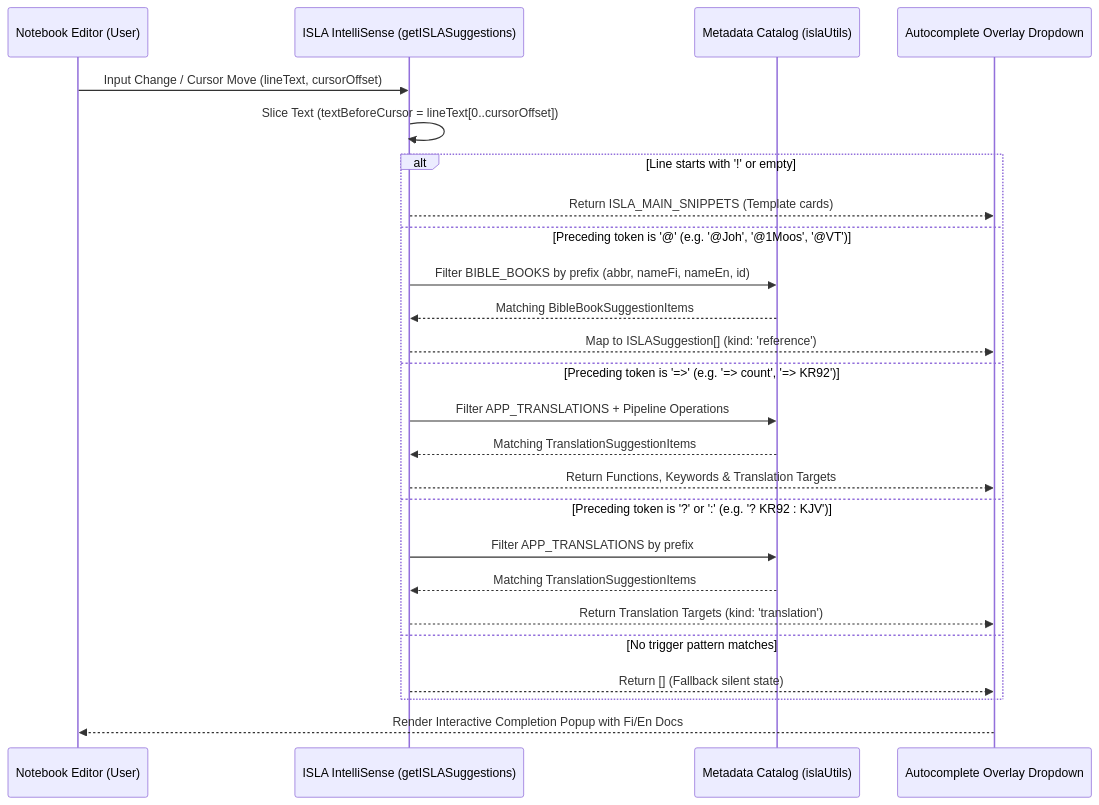
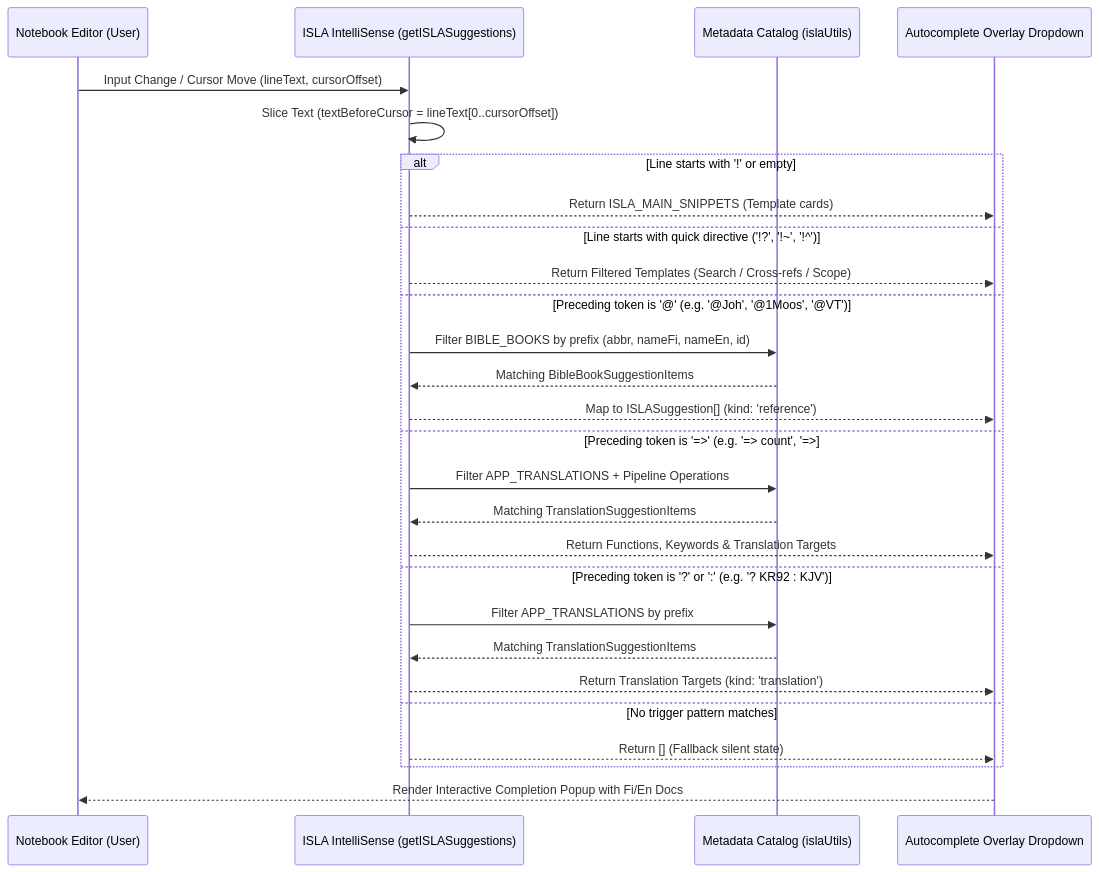
The first of 2 diagrams in pr_stories/069-feat-isla-intellisense-and-autocompletion.md (mvirtai/clible-v3-go), drawn with Mermaid before and after one commit. The commit also changed other lines of this file and 7 other files, not shown here.

````diff
--- a/pr_stories/069-feat-isla-intellisense-and-autocompletion.md
+++ b/pr_stories/069-feat-isla-intellisense-and-autocompletion.md
@@ -15,28 +15,30 @@
 ```mermaid
 sequenceDiagram
     participant User as Notebook Editor (User)
     participant Engine as ISLA IntelliSense (getISLASuggestions)
     participant Catalog as Metadata Catalog (islaUtils)
     participant UI as Autocomplete Overlay Dropdown
 
     User->>Engine: Input Change / Cursor Move (lineText, cursorOffset)
     Engine->>Engine: Slice Text (textBeforeCursor = lineText[0..cursorOffset])
     alt Line starts with '!' or empty
         Engine-->>UI: Return ISLA_MAIN_SNIPPETS (Template cards)
+    else Line starts with quick directive ('!?', '!~', '!^')
+        Engine-->>UI: Return Filtered Templates (Search / Cross-refs / Scope)
     else Preceding token is '@' (e.g. '@Joh', '@1Moos', '@VT')
         Engine->>Catalog: Filter BIBLE_BOOKS by prefix (abbr, nameFi, nameEn, id)
         Catalog-->>Engine: Matching BibleBookSuggestionItems
         Engine-->>UI: Map to ISLASuggestion[] (kind: 'reference')
-    else Preceding token is '=>' (e.g. '=> count', '=> KR92')
+    else Preceding token is '=>' (e.g. '=> count', '=> #themes', '=> KR92')
         Engine->>Catalog: Filter APP_TRANSLATIONS + Pipeline Operations
         Catalog-->>Engine: Matching TranslationSuggestionItems
         Engine-->>UI: Return Functions, Keywords & Translation Targets
     else Preceding token is '?' or ':' (e.g. '? KR92 : KJV')
         Engine->>Catalog: Filter APP_TRANSLATIONS by prefix
         Catalog-->>Engine: Matching TranslationSuggestionItems
         Engine-->>UI: Return Translation Targets (kind: 'translation')
     else No trigger pattern matches
         Engine-->>UI: Return [] (Fallback silent state)
     end
     UI-->>User: Render Interactive Completion Popup with Fi/En Docs
 ```
````
